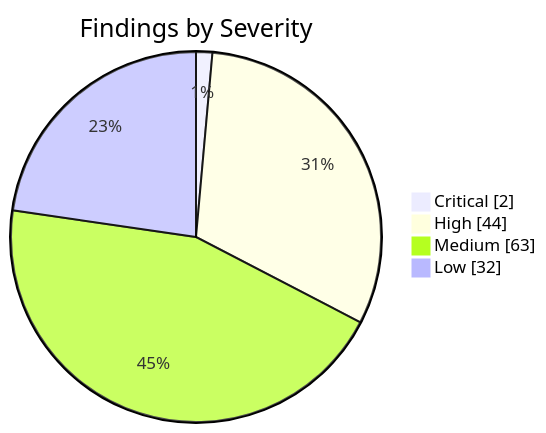
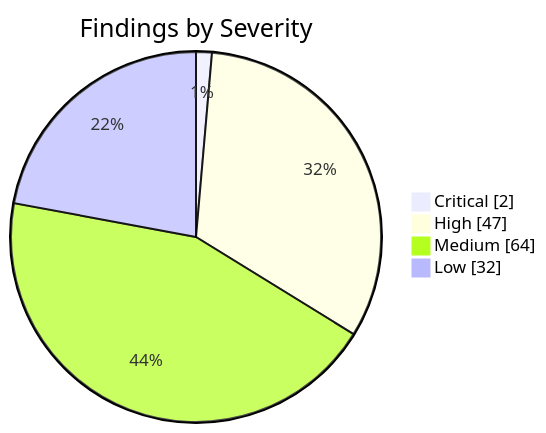
Before and after one commit to KBVE/kbve: the first of 2 diagrams in apps/kbve/astro-kbve/src/content/docs/dashboard/security.mdx, drawn with Mermaid. The commit also changed other lines of this file and 8 other files, not shown here.

````diff
--- a/apps/kbve/astro-kbve/src/content/docs/dashboard/security.mdx
+++ b/apps/kbve/astro-kbve/src/content/docs/dashboard/security.mdx
@@ -62,8 +62,8 @@
 ```mermaid
 pie showData
     title Findings by Severity
     "Critical" : 2
-    "High" : 44
-    "Medium" : 63
+    "High" : 47
+    "Medium" : 64
     "Low" : 32
 ```
````
